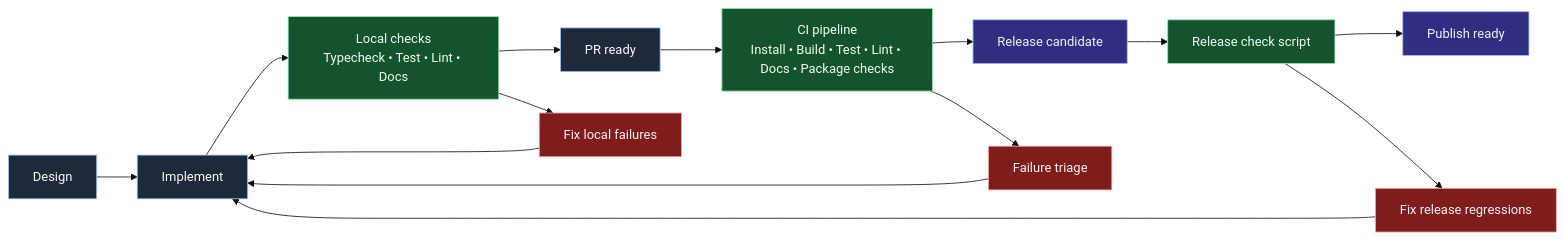
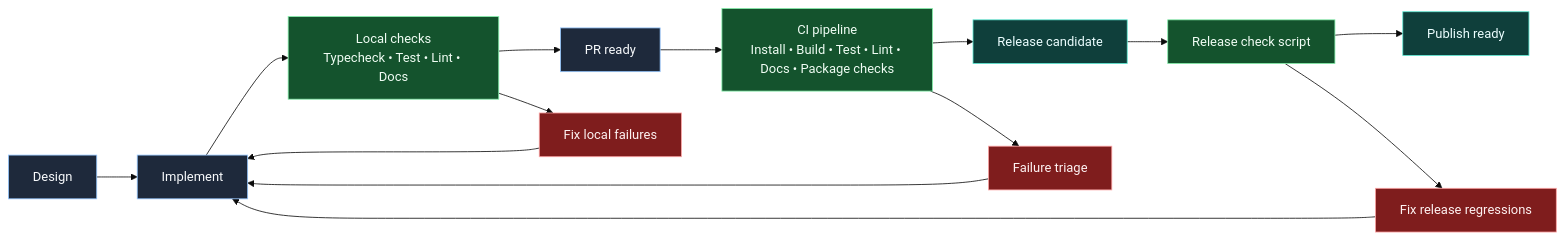
Before and after one commit to Nick2bad4u/eslint-plugin-runtime-cleanup: the diagram in docs/docusaurus/site-docs/developer/charts/quality-gates-and-release-flow.md, drawn with Mermaid (base theme). The commit also changed 46 other files, not shown here.

````diff
--- a/docs/docusaurus/site-docs/developer/charts/quality-gates-and-release-flow.md
+++ b/docs/docusaurus/site-docs/developer/charts/quality-gates-and-release-flow.md
@@ -11,28 +11,28 @@
 ```mermaid
 flowchart LR
     classDef stage fill:#1e293b,stroke:#93c5fd,color:#f8fafc,stroke-width:1px
     classDef quality fill:#14532d,stroke:#86efac,color:#f0fdf4,stroke-width:1px
-    classDef release fill:#312e81,stroke:#a5b4fc,color:#eef2ff,stroke-width:1px
+    classDef release fill:#0f3f3b,stroke:#5eead4,color:#ecfeff,stroke-width:1px
     classDef failure fill:#7f1d1d,stroke:#fca5a5,color:#fef2f2,stroke-width:1px
 
     Design[Design] --> Implement[Implement]
     Implement --> LocalChecks[Local checks\nTypecheck • Test • Lint • Docs]
     LocalChecks --> PRReady[PR ready]
     LocalChecks --> Rework[Fix local failures]
     Rework --> Implement
 
     PRReady --> CI[CI pipeline\nInstall • Build • Test • Lint • Docs • Package checks]
     CI --> ReleaseCandidate[Release candidate]
     CI --> Triage[Failure triage]
     Triage --> Implement
 
     ReleaseCandidate --> ReleaseCheck[Release check script]
     ReleaseCheck --> PublishReady[Publish ready]
     ReleaseCheck --> RegressionFix[Fix release regressions]
     RegressionFix --> Implement
 
     class Design,Implement,PRReady stage
     class LocalChecks,CI,ReleaseCheck quality
     class ReleaseCandidate,PublishReady release
     class Rework,Triage,RegressionFix failure
 ```
````
